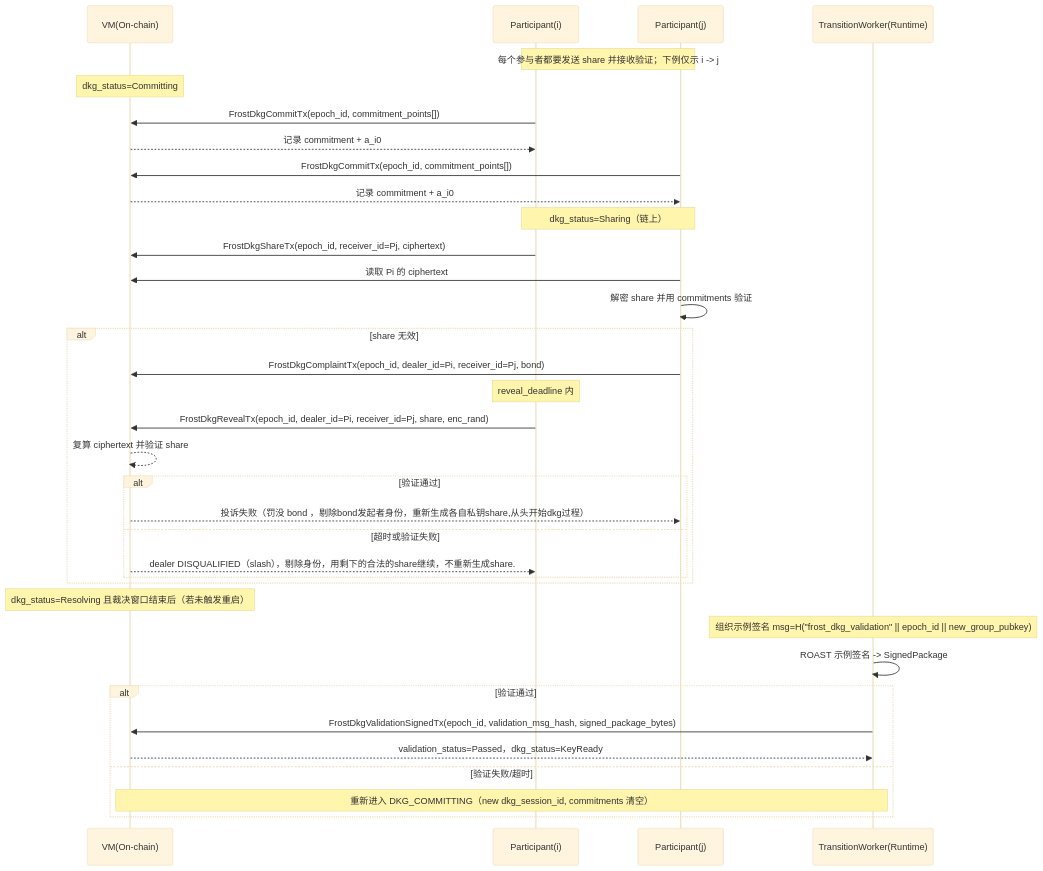
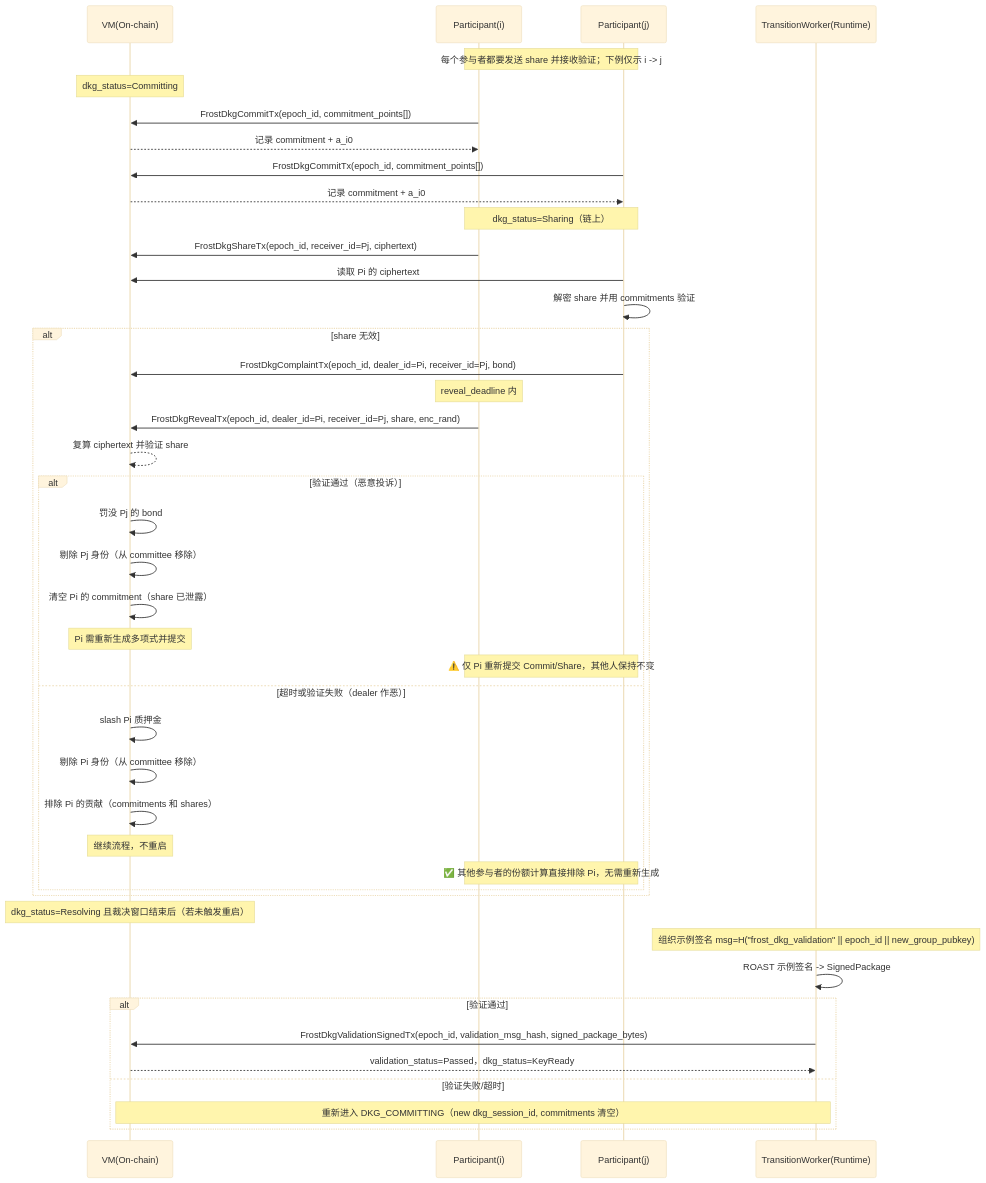
The seventh of 9 diagrams in frost/design.md (davidLeeeeeeeeeeee/dex), drawn with Mermaid (base theme) before and after one commit. The commit also changed other lines of this file, not shown here.

````diff
--- a/frost/design.md
+++ b/frost/design.md
@@ -803,42 +803,50 @@
 ```mermaid
 sequenceDiagram
   participant CH as VM(On-chain)
   participant Pi as Participant(i)
   participant Pj as Participant(j)
   participant TW as TransitionWorker(Runtime)
 
   Note over Pi,Pj: 每个参与者都要发送 share 并接收验证；下例仅示 i -> j
   Note over CH: dkg_status=Committing
   Pi->>CH: FrostDkgCommitTx(epoch_id, commitment_points[])
   CH-->>Pi: 记录 commitment + a_i0
   Pj->>CH: FrostDkgCommitTx(epoch_id, commitment_points[])
   CH-->>Pj: 记录 commitment + a_i0
 
   Note over Pi,Pj: dkg_status=Sharing（链上）
   Pi->>CH: FrostDkgShareTx(epoch_id, receiver_id=Pj, ciphertext)
   Pj->>CH: 读取 Pi 的 ciphertext
   Pj->>Pj: 解密 share 并用 commitments 验证
 
   alt share 无效
     Pj->>CH: FrostDkgComplaintTx(epoch_id, dealer_id=Pi, receiver_id=Pj, bond)
     Note over Pi: reveal_deadline 内
     Pi->>CH: FrostDkgRevealTx(epoch_id, dealer_id=Pi, receiver_id=Pj, share, enc_rand)
     CH-->>CH: 复算 ciphertext 并验证 share
-    alt 验证通过
-      CH-->>Pj: 投诉失败（罚没 bond ，剔除bond发起者身份，重新生成各自私钥share,从头开始dkg过程）
-    else 超时或验证失败
-      CH-->>Pi: dealer DISQUALIFIED（slash），剔除身份，用剩下的合法的share继续，不重新生成share.
+    alt 验证通过（恶意投诉）
+      CH->>CH: 罚没 Pj 的 bond
+      CH->>CH: 剔除 Pj 身份（从 committee 移除）
+      CH->>CH: 清空 Pi 的 commitment（share 已泄露）
+      Note over CH: Pi 需重新生成多项式并提交
+      Note over Pi,Pj: ⚠️ 仅 Pi 重新提交 Commit/Share，其他人保持不变
+    else 超时或验证失败（dealer 作恶）
+      CH->>CH: slash Pi 质押金
+      CH->>CH: 剔除 Pi 身份（从 committee 移除）
+      CH->>CH: 排除 Pi 的贡献（commitments 和 shares）
+      Note over CH: 继续流程，不重启
+      Note over Pi,Pj: ✅ 其他参与者的份额计算直接排除 Pi，无需重新生成
     end
   end
 
   Note over CH: dkg_status=Resolving 且裁决窗口结束后（若未触发重启）
   Note over TW: 组织示例签名 msg=H("frost_dkg_validation" || epoch_id || new_group_pubkey)
   TW->>TW: ROAST 示例签名 -> SignedPackage
 
   alt 验证通过
     TW->>CH: FrostDkgValidationSignedTx(epoch_id, validation_msg_hash, signed_package_bytes)
     CH-->>TW: validation_status=Passed，dkg_status=KeyReady
   else 验证失败/超时
     Note over CH,TW: 重新进入 DKG_COMMITTING（new dkg_session_id, commitments 清空）
   end
 ```
````
